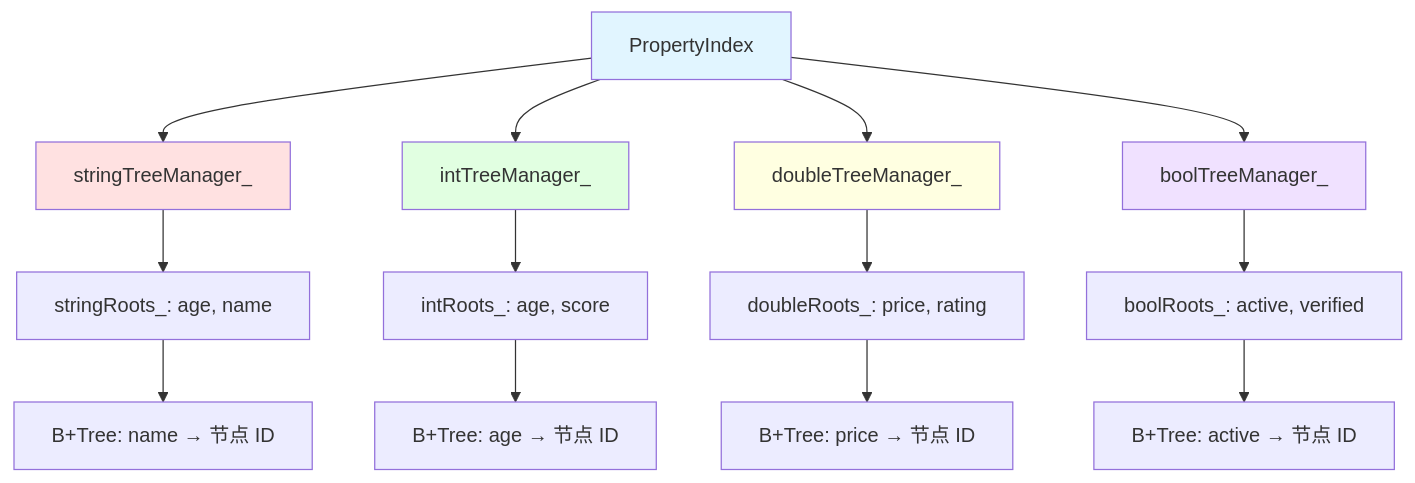
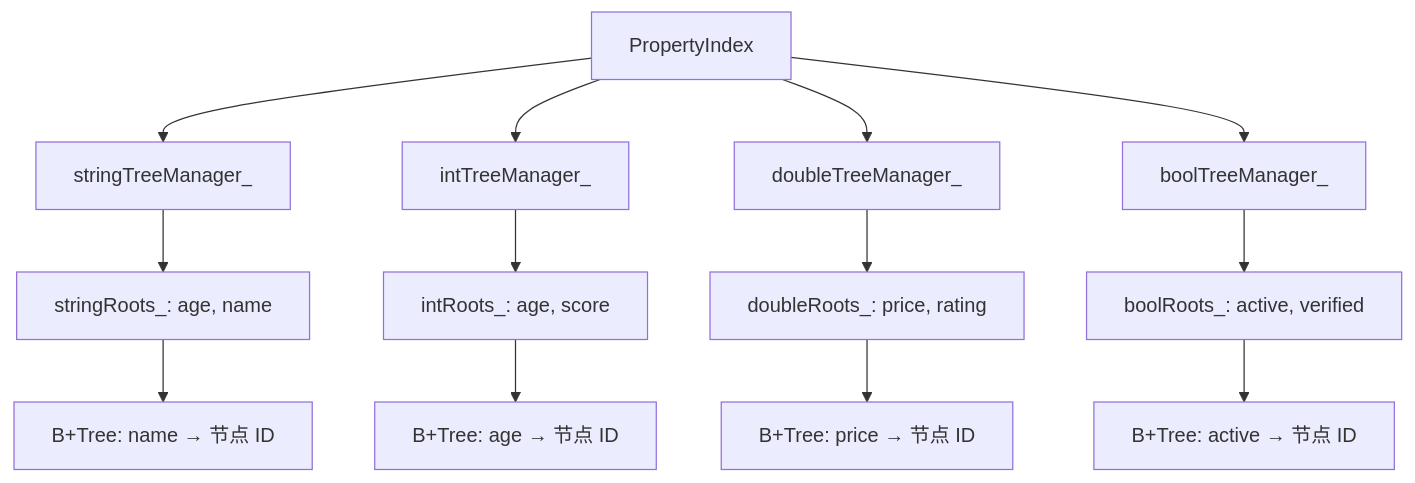
The first of 2 diagrams in docs/zh/algorithms/property-index.md (nexepic/zyx), drawn with Mermaid before and after one commit. The commit also changed 13 other files, not shown here.

First line of the commit message:
fix: remove ASCII art and colorful diagrams from algorithm docs

````diff
--- a/docs/zh/algorithms/property-index.md
+++ b/docs/zh/algorithms/property-index.md
@@ -21,23 +21,17 @@
 ```mermaid
 graph TD
     A[PropertyIndex] --> B[stringTreeManager_]
     A --> C[intTreeManager_]
     A --> D[doubleTreeManager_]
     A --> E[boolTreeManager_]
 
     B --> F[stringRoots_: age, name]
     C --> G[intRoots_: age, score]
     D --> H[doubleRoots_: price, rating]
     E --> I[boolRoots_: active, verified]
 
     F --> J[B+Tree: name → 节点 ID]
     G --> K[B+Tree: age → 节点 ID]
     H --> L[B+Tree: price → 节点 ID]
     I --> M[B+Tree: active → 节点 ID]
-
-    style A fill:#e1f5ff
-    style B fill:#ffe1e1
-    style C fill:#e1ffe1
-    style D fill:#ffffe1
-    style E fill:#f0e1ff
 ```
````
